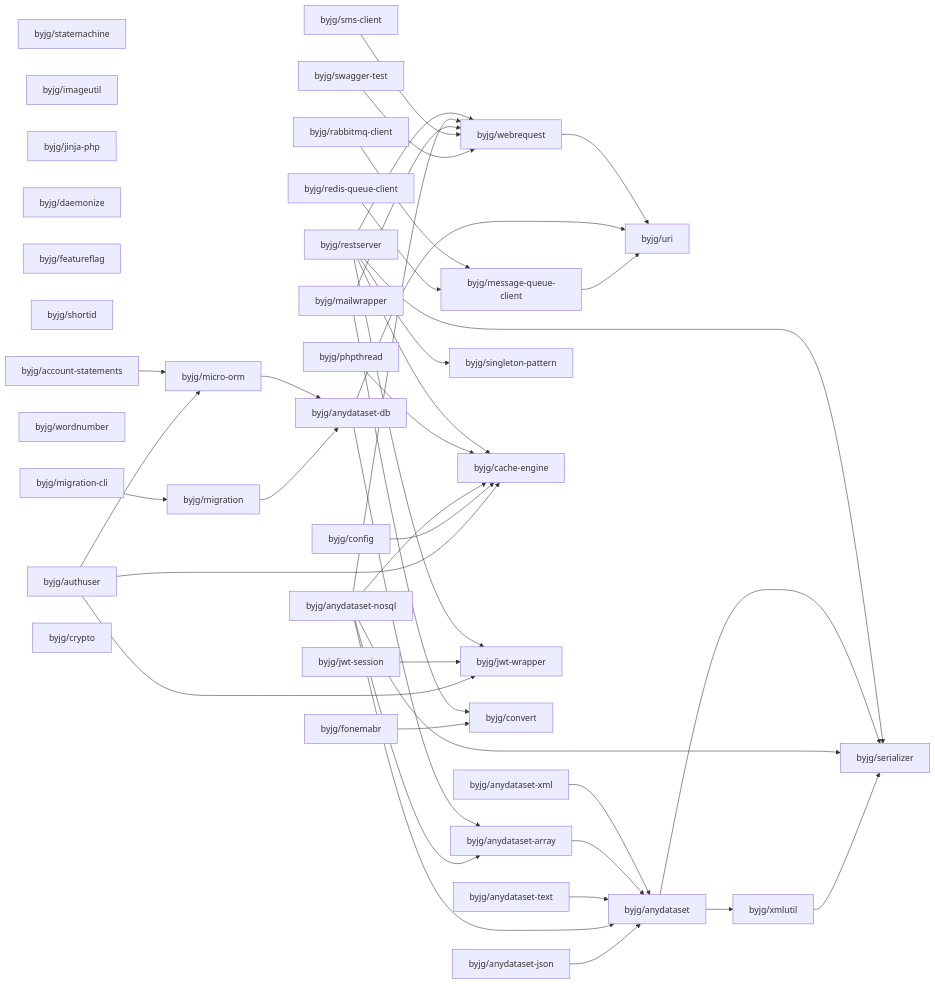
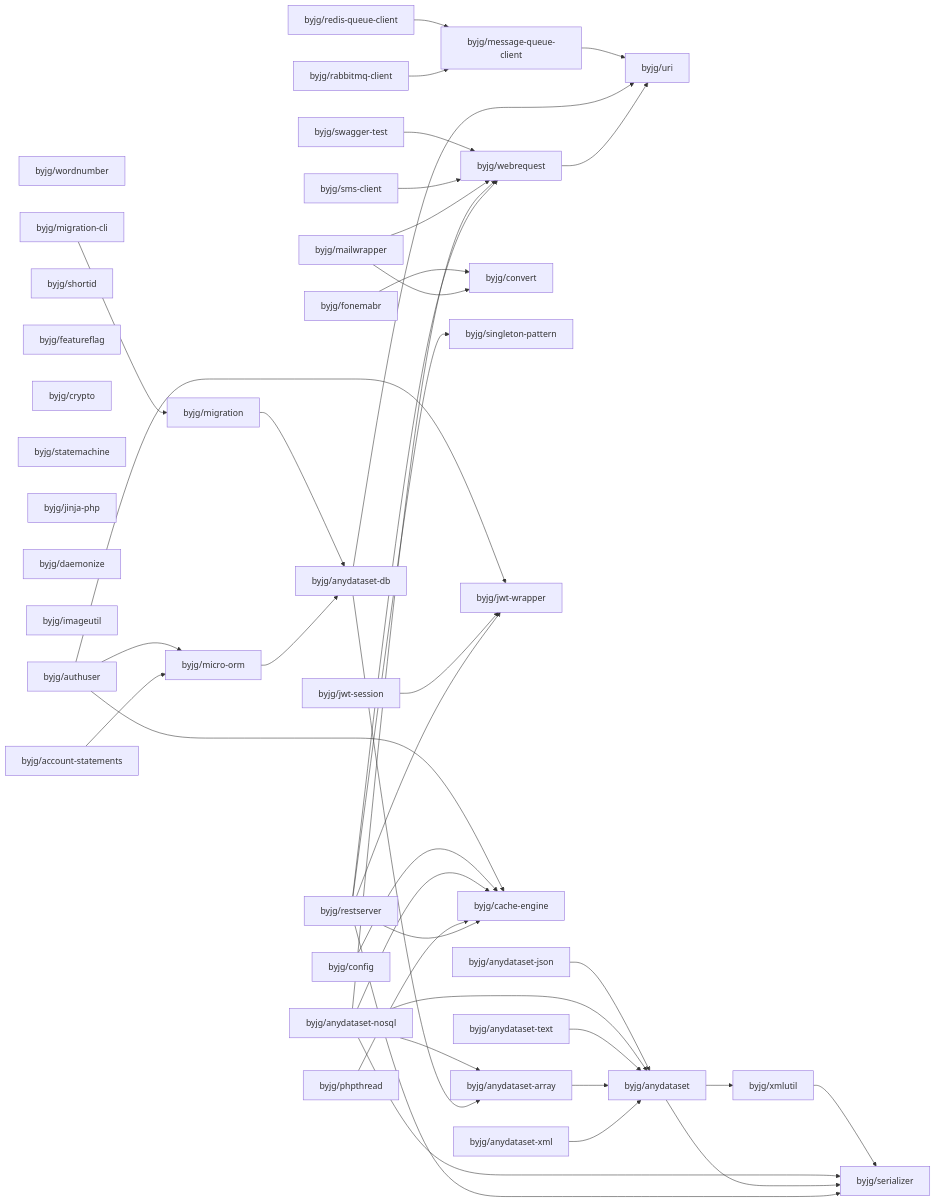
Before and after one commit to byjg/byjg.github.io: the diagram in docs/php/README.md, drawn with Mermaid. The commit also changed other lines of this file and 1 other file, not shown here.

Commit message:
Update documentation 'php' 'php-webrequest'

````diff
--- a/docs/php/README.md
+++ b/docs/php/README.md
@@ -3,80 +3,80 @@
 ```mermaid
 graph LR;
+  byjg/phpthread;
+  byjg/wordnumber;
+  byjg/authuser;
+  byjg/mailwrapper;
+  byjg/fonemabr;
+  byjg/config;
+  byjg/anydataset-text;
+  byjg/shortid;
+  byjg/swagger-test;
+  byjg/featureflag;
+  byjg/anydataset-xml;
+  byjg/crypto;
+  byjg/statemachine;
+  byjg/restserver;
+  byjg/redis-queue-client;
+  byjg/jwt-session;
+  byjg/jinja-php;
+  byjg/daemonize;
   byjg/anydataset-json;
-  byjg/statemachine;
-  byjg/anydataset-text;
   byjg/imageutil;
+  byjg/account-statements;
+  byjg/anydataset-nosql;
   byjg/rabbitmq-client;
-  byjg/jinja-php;
-  byjg/swagger-test;
-  byjg/daemonize;
-  byjg/anydataset-xml;
-  byjg/redis-queue-client;
-  byjg/anydataset-nosql;
-  byjg/featureflag;
-  byjg/phpthread;
-  byjg/restserver;
-  byjg/shortid;
-  byjg/config;
-  byjg/jwt-session;
-  byjg/authuser;
-  byjg/wordnumber;
   byjg/migration-cli;
-  byjg/fonemabr;
-  byjg/mailwrapper;
-  byjg/account-statements;
   byjg/sms-client;
-  byjg/crypto;
+  byjg/convert;
+  byjg/singleton-pattern;
+  byjg/jwt-wrapper;
+  byjg/micro-orm;
+  byjg/cache-engine;
   byjg/message-queue-client;
-  byjg/singleton-pattern;
-  byjg/cache-engine;
-  byjg/jwt-wrapper;
   byjg/migration;
-  byjg/convert;
-  byjg/micro-orm;
   byjg/webrequest;
   byjg/anydataset-db;
   byjg/anydataset-array;
   byjg/uri;
   byjg/anydataset;
   byjg/xmlutil;
   byjg/serializer;
   byjg/migration --> byjg/anydataset-db;
   byjg/fonemabr --> byjg/convert;
   byjg/swagger-test --> byjg/webrequest;
   byjg/authuser --> byjg/micro-orm;
   byjg/authuser --> byjg/cache-engine;
   byjg/authuser --> byjg/jwt-wrapper;
   byjg/config --> byjg/cache-engine;
   byjg/message-queue-client --> byjg/uri;
   byjg/sms-client --> byjg/webrequest;
   byjg/xmlutil --> byjg/serializer;
   byjg/anydataset-json --> byjg/anydataset;
   byjg/mailwrapper --> byjg/convert;
   byjg/mailwrapper --> byjg/webrequest;
   byjg/anydataset-nosql --> byjg/anydataset;
   byjg/anydataset-nosql --> byjg/anydataset-array;
   byjg/anydataset-nosql --> byjg/serializer;
   byjg/anydataset-nosql --> byjg/webrequest;
   byjg/anydataset-nosql --> byjg/cache-engine;
   byjg/migration-cli --> byjg/migration;
   byjg/redis-queue-client --> byjg/message-queue-client;
   byjg/jwt-session --> byjg/jwt-wrapper;
   byjg/anydataset --> byjg/serializer;
   byjg/anydataset --> byjg/xmlutil;
   byjg/anydataset-db --> byjg/anydataset-array;
   byjg/anydataset-db --> byjg/uri;
   byjg/phpthread --> byjg/cache-engine;
   byjg/anydataset-text --> byjg/anydataset;
   byjg/restserver --> byjg/serializer;
   byjg/restserver --> byjg/singleton-pattern;
   byjg/restserver --> byjg/cache-engine;
   byjg/restserver --> byjg/webrequest;
   byjg/restserver --> byjg/jwt-wrapper;
   byjg/account-statements --> byjg/micro-orm;
   byjg/webrequest --> byjg/uri;
   byjg/micro-orm --> byjg/anydataset-db;
   byjg/anydataset-array --> byjg/anydataset;
   byjg/anydataset-xml --> byjg/anydataset;
   byjg/rabbitmq-client --> byjg/message-queue-client;
 ```
````
